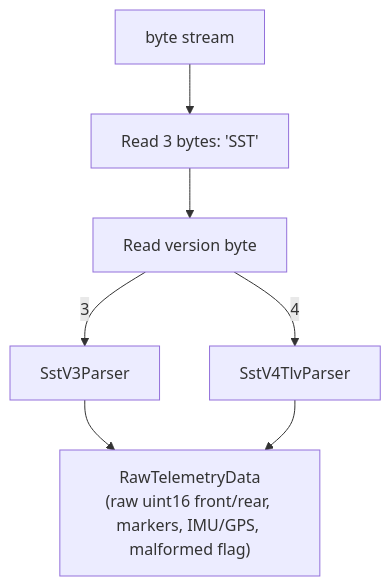
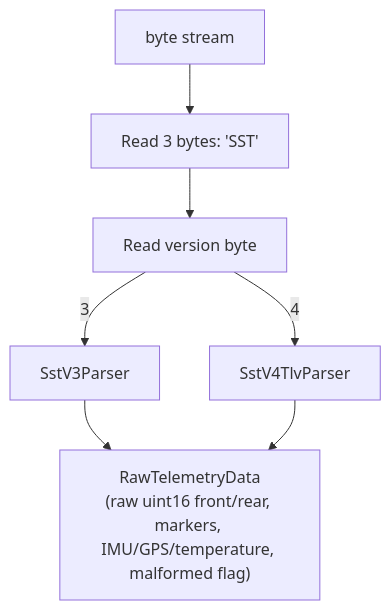
One commit to MoridinBG/Sufni.app changed the second of 2 diagrams in docs/architecture/acquisition.md. Above: the diagram before and after it, drawn with Mermaid. The commit also changed other lines of this file and 12 other files, not shown here.

````diff
--- a/docs/architecture/acquisition.md
+++ b/docs/architecture/acquisition.md
@@ -93,9 +93,9 @@
 ```mermaid
 graph TD
     Stream["byte stream"] --> Magic["Read 3 bytes: 'SST'"]
     Magic --> Version["Read version byte"]
     Version -->|"3"| V3["SstV3Parser"]
     Version -->|"4"| V4["SstV4TlvParser"]
-    V3 --> RawTD["RawTelemetryData<br/>(raw uint16 front/rear, markers, IMU/GPS, malformed flag)"]
+    V3 --> RawTD["RawTelemetryData<br/>(raw uint16 front/rear, markers, IMU/GPS/temperature, malformed flag)"]
     V4 --> RawTD
 ```
````
